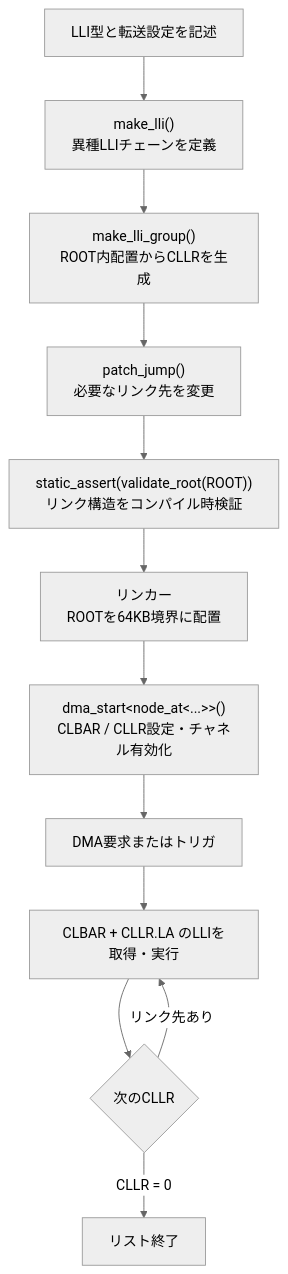
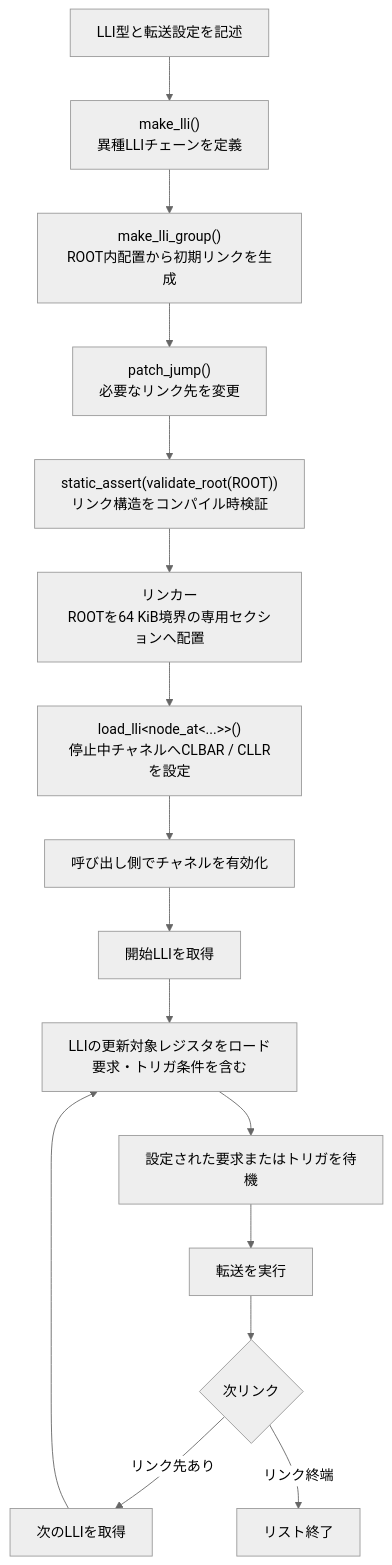
One commit to Kojima-Hiroki-asdfghjkl/stm32u5-gpdma-lli changed the diagram in README.md. Above: the diagram before and after it, drawn with Mermaid (neutral theme). The commit also changed other lines of this file and 2 other files, not shown here.

````diff
--- a/README.md
+++ b/README.md
@@ -194,14 +204,19 @@
 ```mermaid
+%%{init: {"flowchart": {"wrappingWidth": 240}}}%%
 flowchart TD
     A["LLI型と転送設定を記述"] --> B["make_lli()<br/>異種LLIチェーンを定義"]
-    B --> C["make_lli_group()<br/>ROOT内配置からCLLRを生成"]
+    B --> C["make_lli_group()<br/>ROOT内配置から初期リンクを生成"]
     C --> D["patch_jump()<br/>必要なリンク先を変更"]
     D --> E["static_assert(validate_root(ROOT))<br/>リンク構造をコンパイル時検証"]
-    E --> F["リンカー<br/>ROOTを64KB境界に配置"]
-    F --> G["dma_start&lt;node_at&lt;...&gt;&gt;()<br/>CLBAR / CLLR設定・チャネル有効化"]
-    G --> H["DMA要求またはトリガ"]
-    H --> I["CLBAR + CLLR.LA のLLIを取得・実行"]
-    I --> J{"次のCLLR"}
-    J -->|"リンク先あり"| I
-    J -->|"CLLR = 0"| K["リスト終了"]
+    E --> F["リンカー<br/>ROOTを64 KiB境界の専用セクションへ配置"]
+    F --> G["load_lli&lt;node_at&lt;...&gt;&gt;()<br/>停止中チャネルへCLBAR / CLLRを設定"]
+    G --> H["呼び出し側でチャネルを有効化"]
+    H --> I["開始LLIを取得"]
+    I --> J["LLIの更新対象レジスタをロード<br/>要求・トリガ条件を含む"]
+    J --> K["設定された要求またはトリガを待機"]
+    K --> L["転送を実行"]
+    L --> M{"次リンク"}
+    M -->|"リンク先あり"| N["次のLLIを取得"]
+    N --> J
+    M -->|"リンク終端"| O["リスト終了"]
 ```
````
